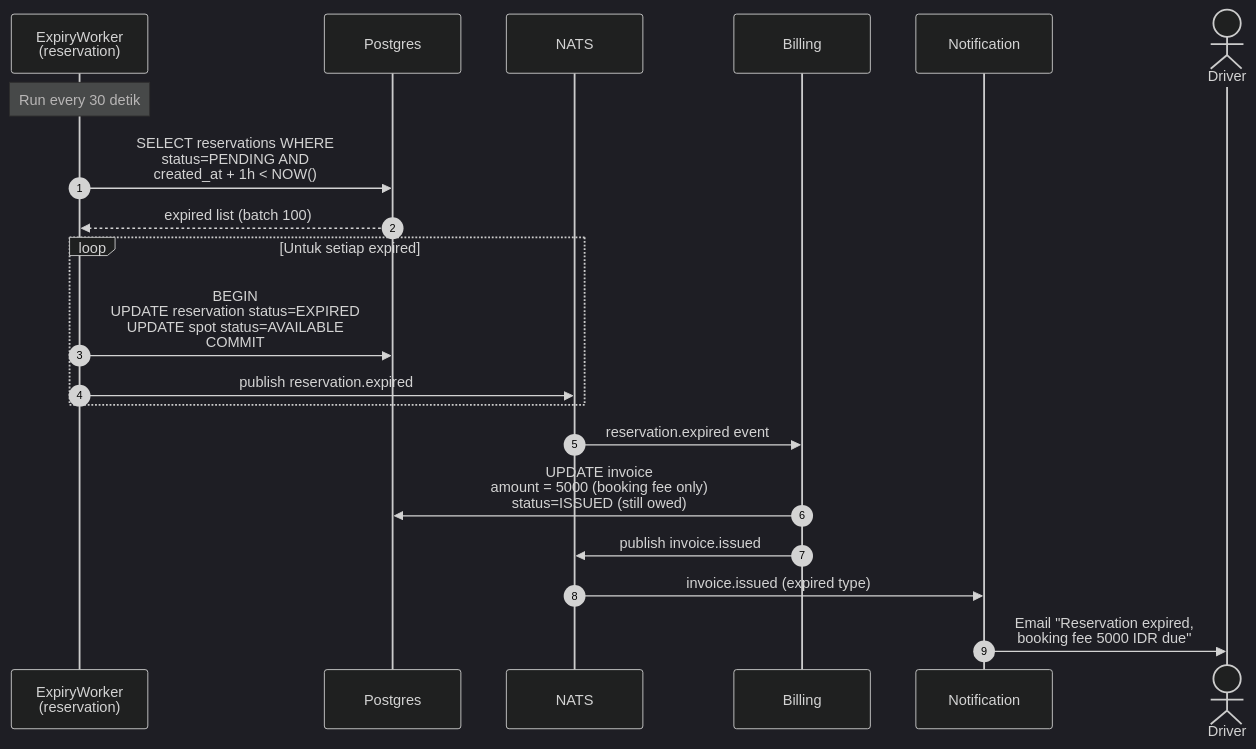
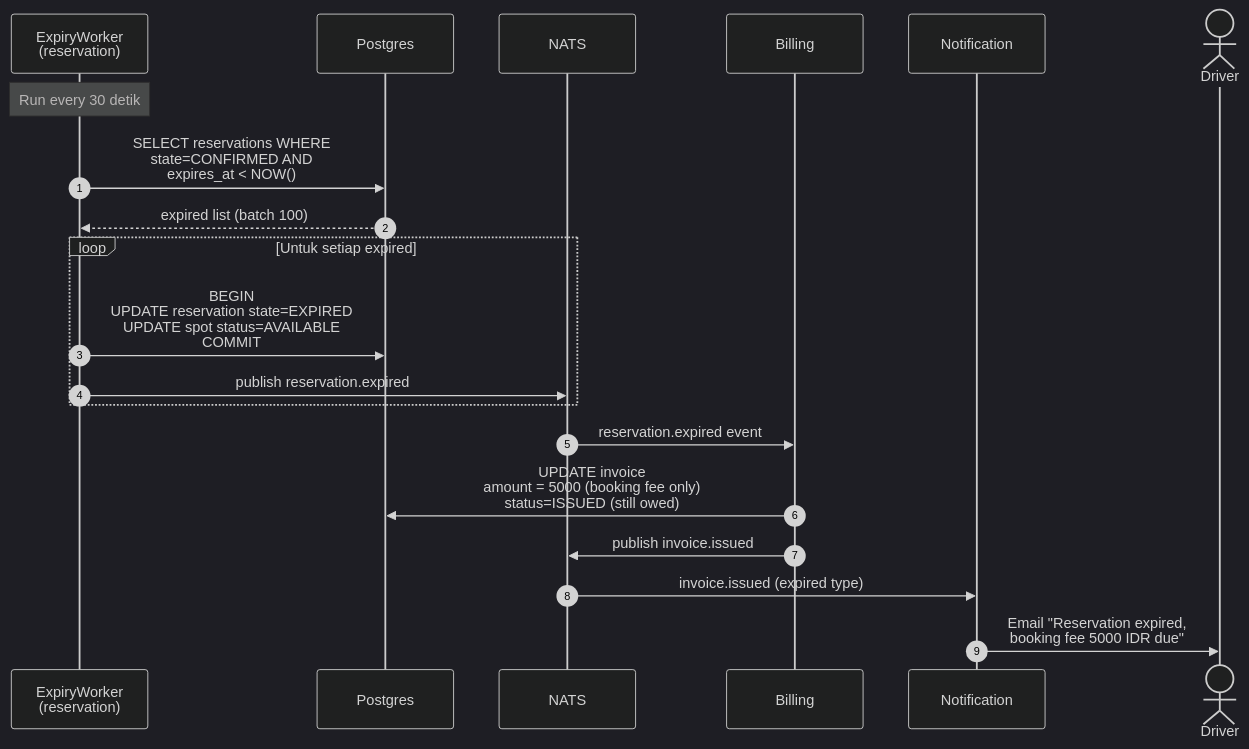
The second of 6 diagrams in docs/architecture/diagrams/sequences.md (ajiputt/parkir-pintar), drawn with Mermaid (dark theme) before and after one commit. The commit also changed other lines of this file and 4 other files, not shown here.

Commit message:
docs(architecture): sync ERD + sequence diagrams dengan final schema

````diff
--- a/docs/architecture/diagrams/sequences.md
+++ b/docs/architecture/diagrams/sequences.md
@@ -106,27 +106,27 @@
 ```mermaid
 sequenceDiagram
     autonumber
     participant Worker as ExpiryWorker<br/>(reservation)
     participant Postgres
     participant NATS
     participant Billing
     participant Notification
     actor Driver
 
     Note over Worker: Run every 30 detik
 
-    Worker->>Postgres: SELECT reservations WHERE<br/>status=PENDING AND<br/>created_at + 1h < NOW()
+    Worker->>Postgres: SELECT reservations WHERE<br/>state=CONFIRMED AND<br/>expires_at < NOW()
     Postgres-->>Worker: expired list (batch 100)
 
     loop Untuk setiap expired
-        Worker->>Postgres: BEGIN<br/>UPDATE reservation status=EXPIRED<br/>UPDATE spot status=AVAILABLE<br/>COMMIT
+        Worker->>Postgres: BEGIN<br/>UPDATE reservation state=EXPIRED<br/>UPDATE spot status=AVAILABLE<br/>COMMIT
         Worker->>NATS: publish reservation.expired
     end
 
     NATS->>Billing: reservation.expired event
     Billing->>Postgres: UPDATE invoice<br/>amount = 5000 (booking fee only)<br/>status=ISSUED (still owed)
     Billing->>NATS: publish invoice.issued
 
     NATS->>Notification: invoice.issued (expired type)
     Notification->>Driver: Email "Reservation expired,<br/>booking fee 5000 IDR due"
 ```
````
